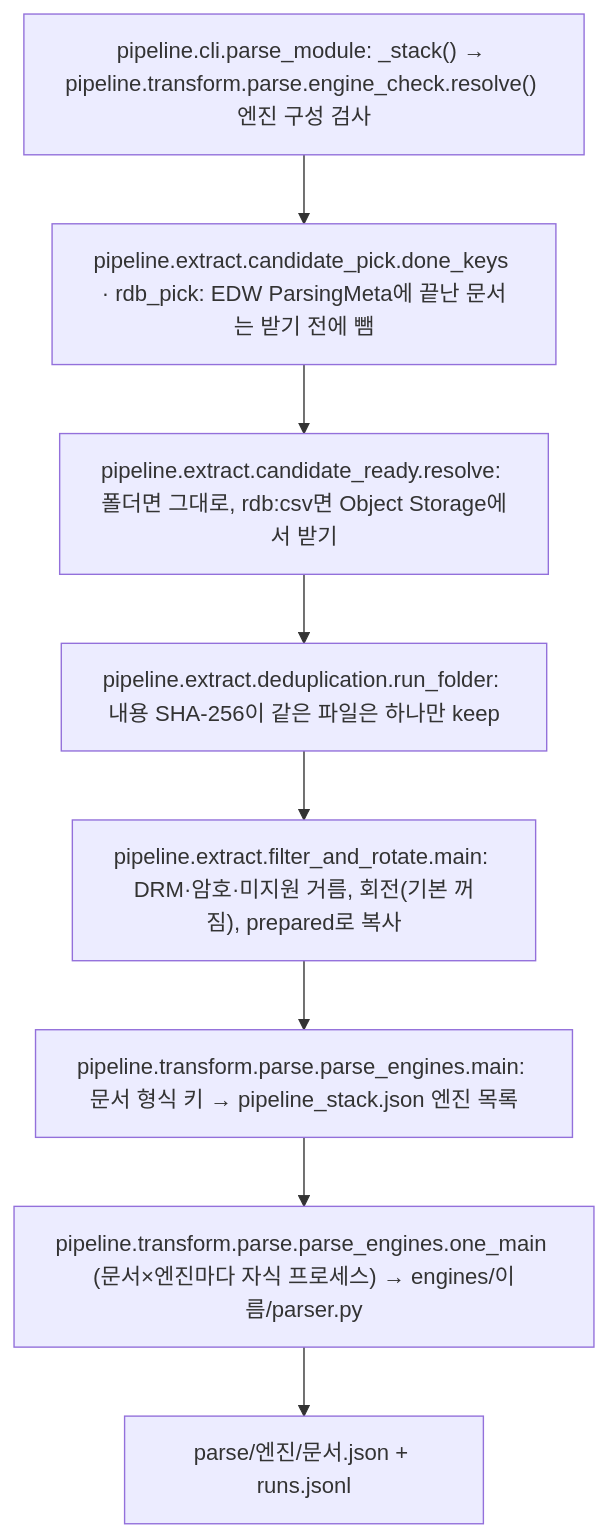
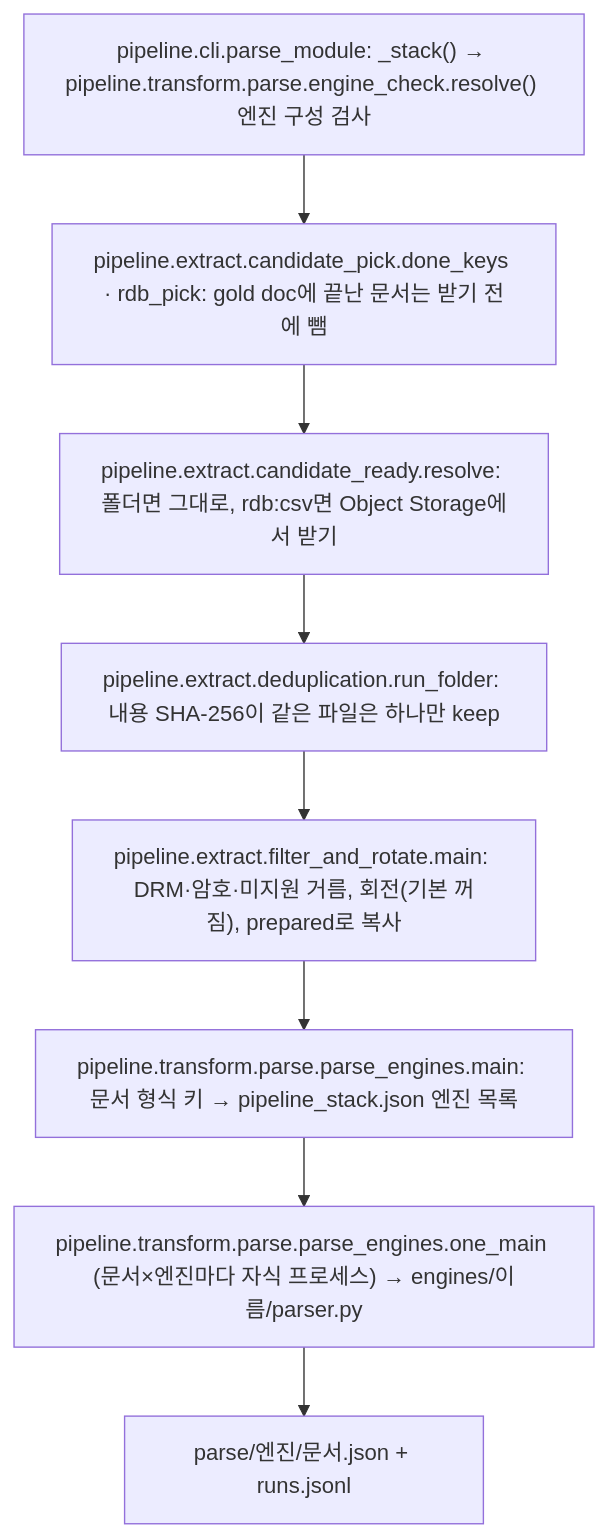
One commit to gigasamba/sbl_data_parsing changed the fourth of 11 diagrams in docs/architecture/parse_flow.md. Above: the diagram before and after it, drawn with Mermaid. The commit also changed other lines of this file and 75 other files, not shown here.

````diff
--- a/docs/architecture/parse_flow.md
+++ b/docs/architecture/parse_flow.md
@@ -211,12 +211,12 @@
 ```mermaid
 flowchart TD
     S0["pipeline.cli.parse_module: _stack() → pipeline.transform.parse.engine_check.resolve() 엔진 구성 검사"]
-    S1["pipeline.extract.candidate_pick.done_keys · rdb_pick: EDW ParsingMeta에 끝난 문서는 받기 전에 뺌"]
+    S1["pipeline.extract.candidate_pick.done_keys · rdb_pick: gold doc에 끝난 문서는 받기 전에 뺌"]
     S2["pipeline.extract.candidate_ready.resolve: 폴더면 그대로, rdb:csv면 Object Storage에서 받기"]
     S3["pipeline.extract.deduplication.run_folder: 내용 SHA-256이 같은 파일은 하나만 keep"]
     S4["pipeline.extract.filter_and_rotate.main: DRM·암호·미지원 거름, 회전(기본 꺼짐), prepared로 복사"]
     S5["pipeline.transform.parse.parse_engines.main: 문서 형식 키 → pipeline_stack.json 엔진 목록"]
     S6["pipeline.transform.parse.parse_engines.one_main (문서×엔진마다 자식 프로세스) → engines/이름/parser.py"]
     S7["parse/엔진/문서.json + runs.jsonl"]
     S0 --> S1 --> S2 --> S3 --> S4 --> S5 --> S6 --> S7
 ```
````
